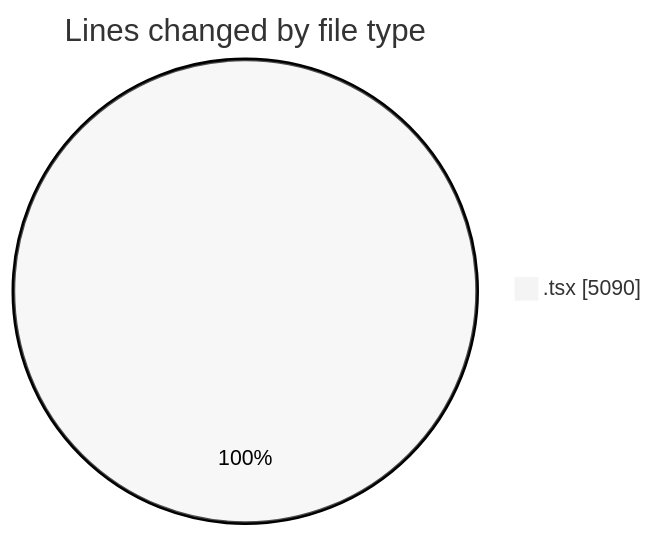
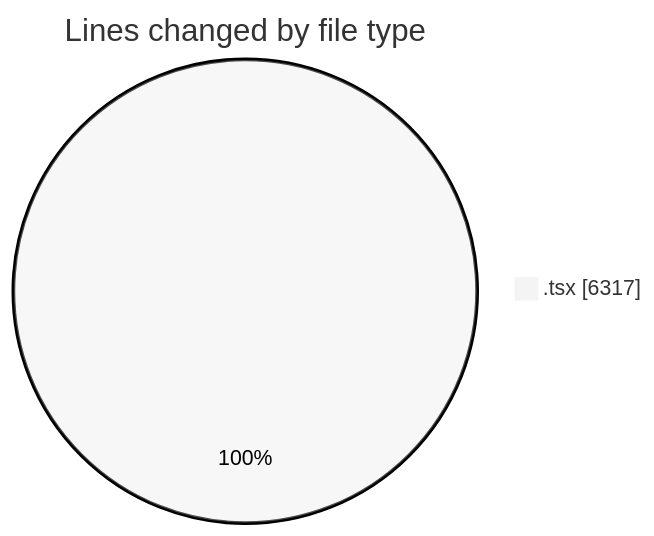
The first of 2 diagrams in 2026-08-24/nxtqube_webapp/README.md (nxtqubesakshisongat/code-tracking), drawn with Mermaid (neutral theme) before and after one commit. The commit also changed other lines of this file and 1 other file, not shown here.

````diff
--- a/2026-08-24/nxtqube_webapp/README.md
+++ b/2026-08-24/nxtqube_webapp/README.md
@@ -33,5 +33,5 @@
 ```mermaid
 pie showData
 title Lines changed by file type
-".tsx" : 5090
+".tsx" : 6317
 ```
````
